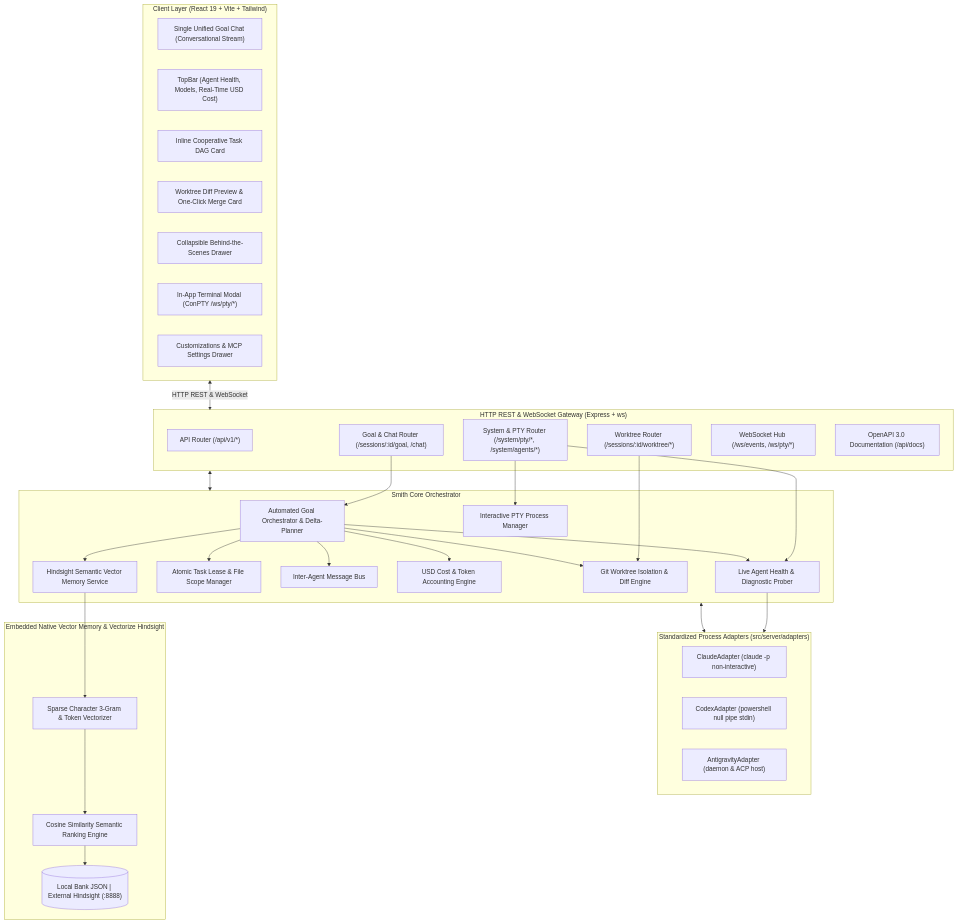
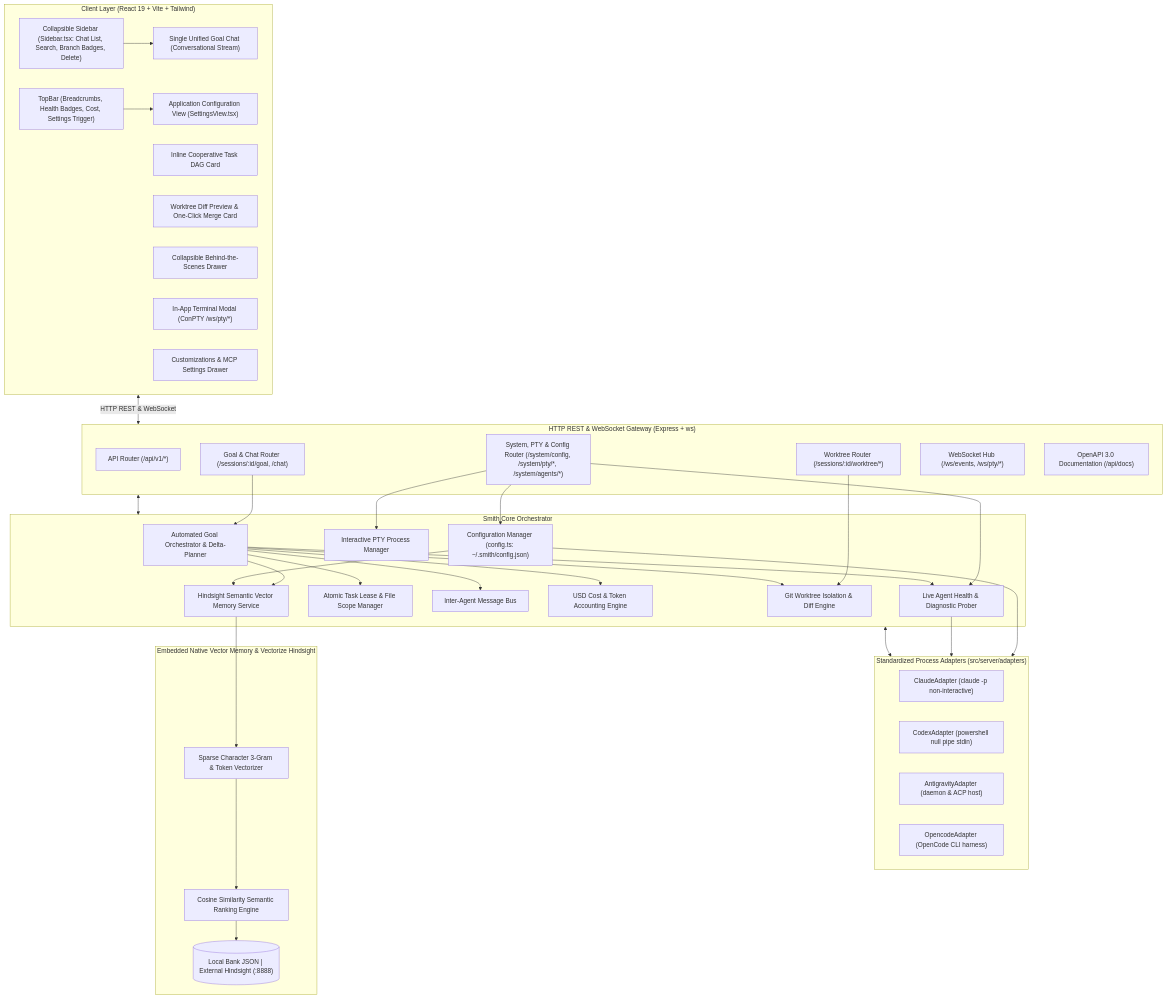
The first of 2 diagrams in docs/TECHNICAL_ARCHITECTURE.md (jeeyo/smith), drawn with Mermaid before and after one commit. The commit also changed other lines of this file and 2 other files, not shown here.

Commit message:
docs: update README, Technical Architecture, and User Manual with Left Sidebar and App Configuration guide

````diff
--- a/docs/TECHNICAL_ARCHITECTURE.md
+++ b/docs/TECHNICAL_ARCHITECTURE.md
@@ -5,62 +5,71 @@
 ```mermaid
 flowchart TB
     subgraph UI ["Client Layer (React 19 + Vite + Tailwind)"]
+        Sidebar["Collapsible Sidebar (Sidebar.tsx: Chat List, Search, Branch Badges, Delete)"]
+        TopBar["TopBar (Breadcrumbs, Health Badges, Cost, Settings Trigger)"]
         GoalChat["Single Unified Goal Chat (Conversational Stream)"]
-        TopBar["TopBar (Agent Health, Models, Real-Time USD Cost)"]
         PlanCard["Inline Cooperative Task DAG Card"]
         DiffCard["Worktree Diff Preview & One-Click Merge Card"]
+        SettingsView["Application Configuration View (SettingsView.tsx)"]
         BehindScenes["Collapsible Behind-the-Scenes Drawer"]
         TerminalModal["In-App Terminal Modal (ConPTY /ws/pty/*)"]
         CustomizationsDrawer["Customizations & MCP Settings Drawer"]
     end
 
     subgraph API ["HTTP REST & WebSocket Gateway (Express + ws)"]
         APIRouter["API Router (/api/v1/*)"]
         GoalRouter["Goal & Chat Router (/sessions/:id/goal, /chat)"]
         WorktreeRouter["Worktree Router (/sessions/:id/worktree/*)"]
-        SystemRouter["System & PTY Router (/system/pty/*, /system/agents/*)"]
+        SystemRouter["System, PTY & Config Router (/system/config, /system/pty/*, /system/agents/*)"]
         WSHub["WebSocket Hub (/ws/events, /ws/pty/*)"]
         SwaggerDocs["OpenAPI 3.0 Documentation (/api/docs)"]
     end
 
     subgraph CoreEngine ["Smith Core Orchestrator"]
         GoalOrchestrator["Automated Goal Orchestrator & Delta-Planner"]
         AgentHealthEngine["Live Agent Health & Diagnostic Prober"]
         TaskLeaseMgr["Atomic Task Lease & File Scope Manager"]
         TeamBus["Inter-Agent Message Bus"]
         CostEngine["USD Cost & Token Accounting Engine"]
         WorktreeMgr["Git Worktree Isolation & Diff Engine"]
         PTYMgr["Interactive PTY Process Manager"]
+        ConfigMgr["Configuration Manager (config.ts: ~/.smith/config.json)"]
         HindsightService["Hindsight Semantic Vector Memory Service"]
     end
 
     subgraph ProcessAdapters ["Standardized Process Adapters (src/server/adapters)"]
         ClaudeAdapter["ClaudeAdapter (claude -p non-interactive)"]
         CodexAdapter["CodexAdapter (powershell null pipe stdin)"]
         AntigravityAdapter["AntigravityAdapter (daemon & ACP host)"]
+        OpencodeAdapter["OpencodeAdapter (OpenCode CLI harness)"]
     end
 
     subgraph LocalMemory ["Embedded Native Vector Memory & Vectorize Hindsight"]
         VectorEngine["Sparse Character 3-Gram & Token Vectorizer"]
         CosineRanker["Cosine Similarity Semantic Ranking Engine"]
         BankStore[("Local Bank JSON | External Hindsight (:8888)")]
     end
 
     UI <-->|HTTP REST & WebSocket| API
     API <--> CoreEngine
+    Sidebar --> GoalChat
+    TopBar --> SettingsView
     GoalRouter --> GoalOrchestrator
     WorktreeRouter --> WorktreeMgr
     SystemRouter --> PTYMgr
     SystemRouter --> AgentHealthEngine
+    SystemRouter --> ConfigMgr
     GoalOrchestrator --> AgentHealthEngine
     GoalOrchestrator --> TaskLeaseMgr
     GoalOrchestrator --> TeamBus
     GoalOrchestrator --> CostEngine
     GoalOrchestrator --> WorktreeMgr
     GoalOrchestrator --> HindsightService
+    ConfigMgr --> ProcessAdapters
+    ConfigMgr --> HindsightService
     AgentHealthEngine --> ProcessAdapters
     CoreEngine <--> ProcessAdapters
     HindsightService --> VectorEngine
     VectorEngine --> CosineRanker
     CosineRanker --> BankStore
 ```
````
